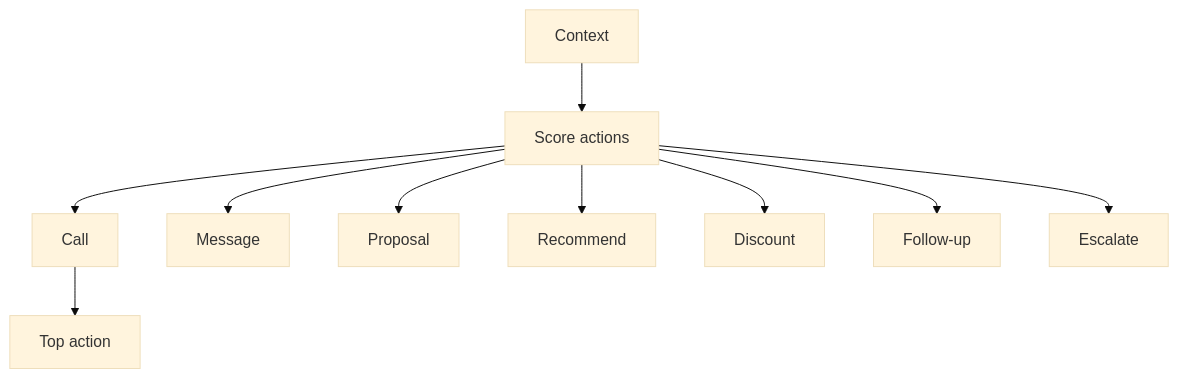
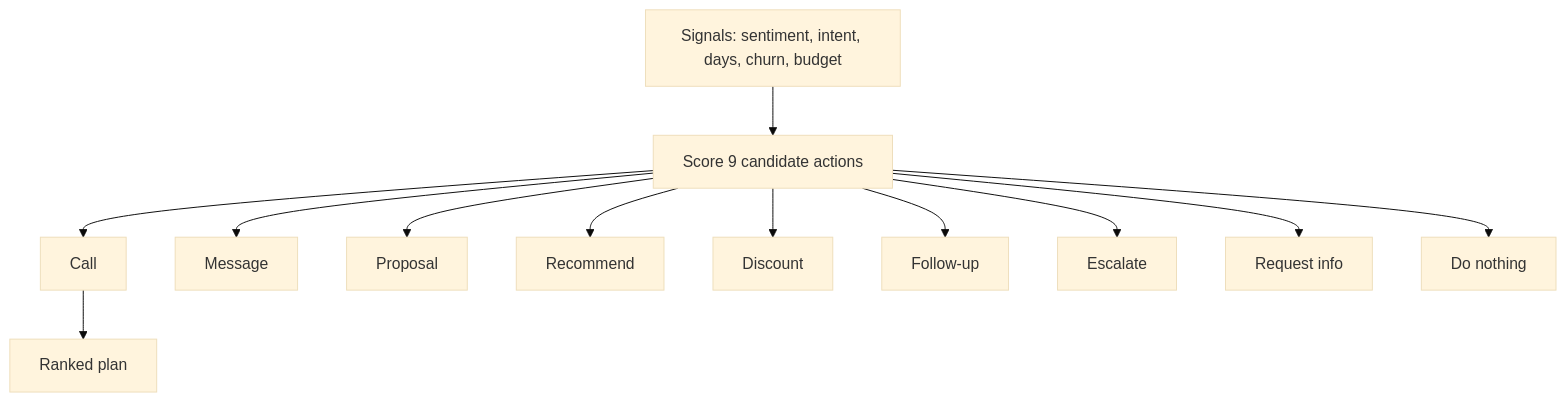
Before and after one commit to Gags-31/HubSpot-AI-CRM: the diagram in docs/architecture/13-next-best-action-engine.md, drawn with Mermaid (base theme). The commit also changed other lines of this file and 62 other files, not shown here.

````diff
--- a/docs/architecture/13-next-best-action-engine.md
+++ b/docs/architecture/13-next-best-action-engine.md
@@ -9,12 +9,14 @@
 ```mermaid
 flowchart TD
-  I[Context] --> S[Score actions]
+  I[Signals: sentiment, intent, days, churn, budget] --> S[Score 9 candidate actions]
   S --> A1[Call]
   S --> A2[Message]
   S --> A3[Proposal]
   S --> A4[Recommend]
   S --> A5[Discount]
   S --> A6[Follow-up]
   S --> A7[Escalate]
-  A1 --> T[Top action]
+  S --> A8[Request info]
+  S --> A9[Do nothing]
+  A1 --> T[Ranked plan]
 ```
````
